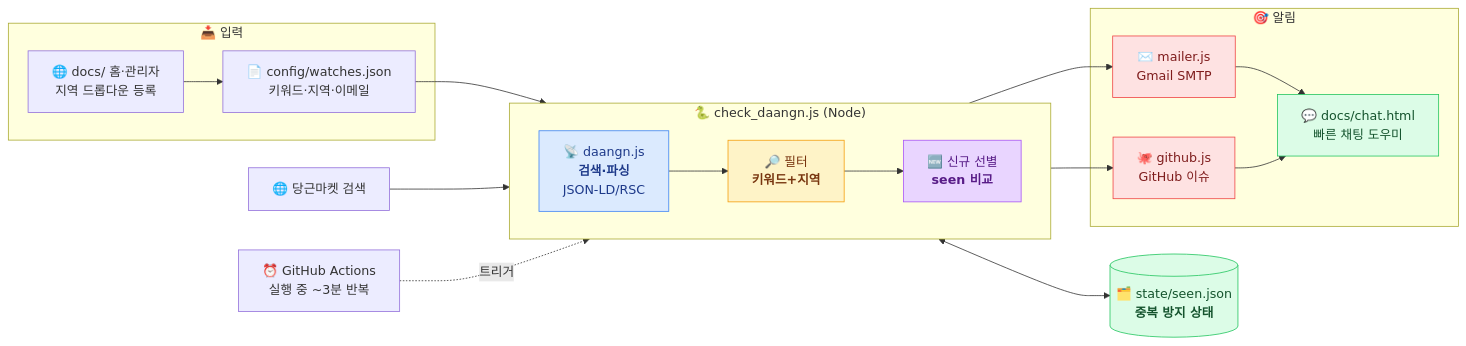
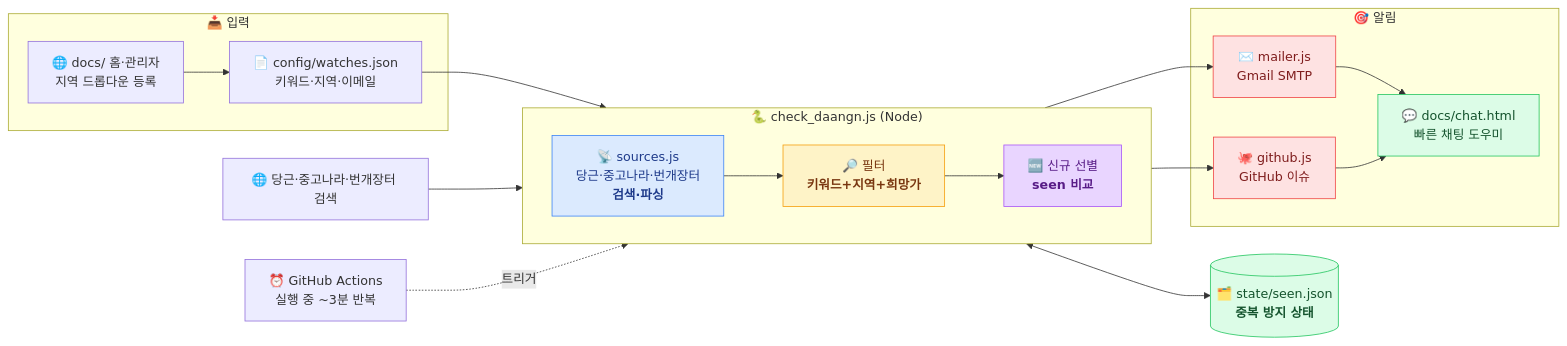
Before and after one commit to leemgs/carrot-market: the first of 3 diagrams in README.md, drawn with Mermaid. The commit also changed other lines of this file, not shown here.

````diff
--- a/README.md
+++ b/README.md
@@ -19,41 +19,41 @@
 ```mermaid
 flowchart LR
     subgraph IN["📥 입력"]
         CFG["📄 config/watches.json<br/>키워드·지역·이메일"]
         WEB1["🌐 docs/ 홈·관리자<br/>지역 드롭다운 등록"]
     end
 
     subgraph PIPE["🐍 check_daangn.js (Node)"]
         direction LR
-        FT["📡 daangn.js<br/><b>검색·파싱</b><br/>JSON-LD/RSC"]
-        FL["🔎 필터<br/><b>키워드+지역</b>"]
+        FT["📡 sources.js<br/>당근·중고나라·번개장터<br/><b>검색·파싱</b>"]
+        FL["🔎 필터<br/><b>키워드+지역+희망가</b>"]
         DF["🆕 신규 선별<br/><b>seen 비교</b>"]
         FT --> FL --> DF
     end
 
     DB[("🗂️ state/seen.json<br/><b>중복 방지 상태</b>")]
 
     subgraph OUT["🎯 알림"]
         MAIL["✉️ mailer.js<br/>Gmail SMTP"]
         ISSUE["🐙 github.js<br/>GitHub 이슈"]
         CHAT["💬 docs/chat.html<br/>빠른 채팅 도우미"]
     end
 
     WEB1 --> CFG
     CFG --> FT
-    ST["🌐 당근마켓 검색"] --> FT
+    ST["🌐 당근·중고나라·번개장터 검색"] --> FT
     DF <--> DB
     DF --> MAIL
     DF --> ISSUE
     MAIL --> CHAT
     ISSUE --> CHAT
     CRON["⏰ GitHub Actions<br/>실행 중 ~3분 반복"] -. "트리거" .-> PIPE
 
     style FT fill:#dbeafe,stroke:#3b82f6,color:#1e3a8a
     style FL fill:#fef3c7,stroke:#f59e0b,color:#78350f
     style DF fill:#e9d5ff,stroke:#a855f7,color:#581c87
     style DB fill:#dcfce7,stroke:#22c55e,color:#14532d
     style MAIL fill:#fee2e2,stroke:#ef4444,color:#7f1d1d
     style ISSUE fill:#fee2e2,stroke:#ef4444,color:#7f1d1d
     style CHAT fill:#dcfce7,stroke:#22c55e,color:#14532d
 ```
````
